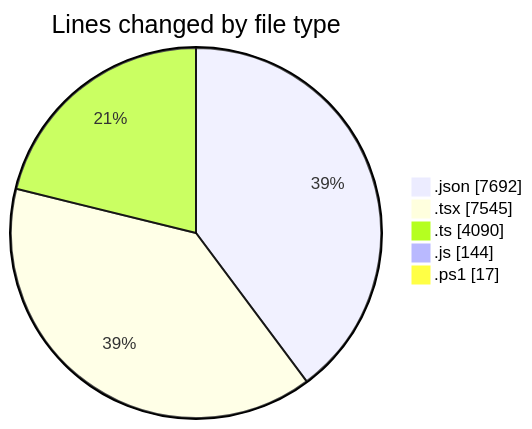
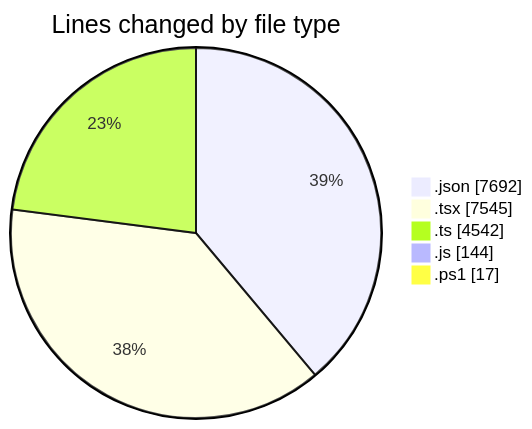
Before and after one commit to CELIANVF/code-tracking: the first of 2 diagrams in 2025-06-10/ecodeli-1/README.md, drawn with Mermaid. The commit also changed other lines of this file and 1 other file, not shown here.

````diff
--- a/2025-06-10/ecodeli-1/README.md
+++ b/2025-06-10/ecodeli-1/README.md
@@ -60,9 +62,9 @@
 ```mermaid
 pie showData
 title Lines changed by file type
 ".json" : 7692
 ".tsx" : 7545
-".ts" : 4090
+".ts" : 4542
 ".js" : 144
 ".ps1" : 17
 ```
````
